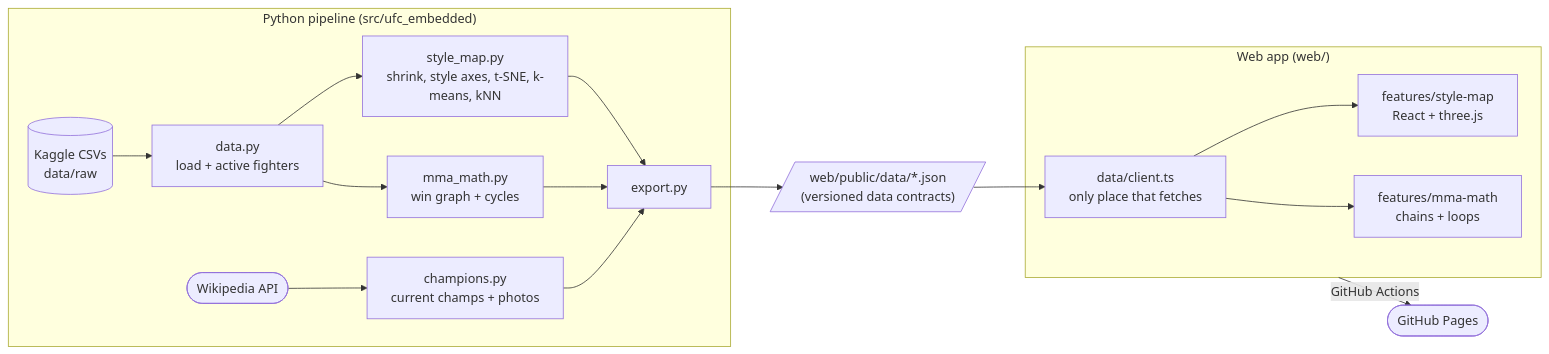
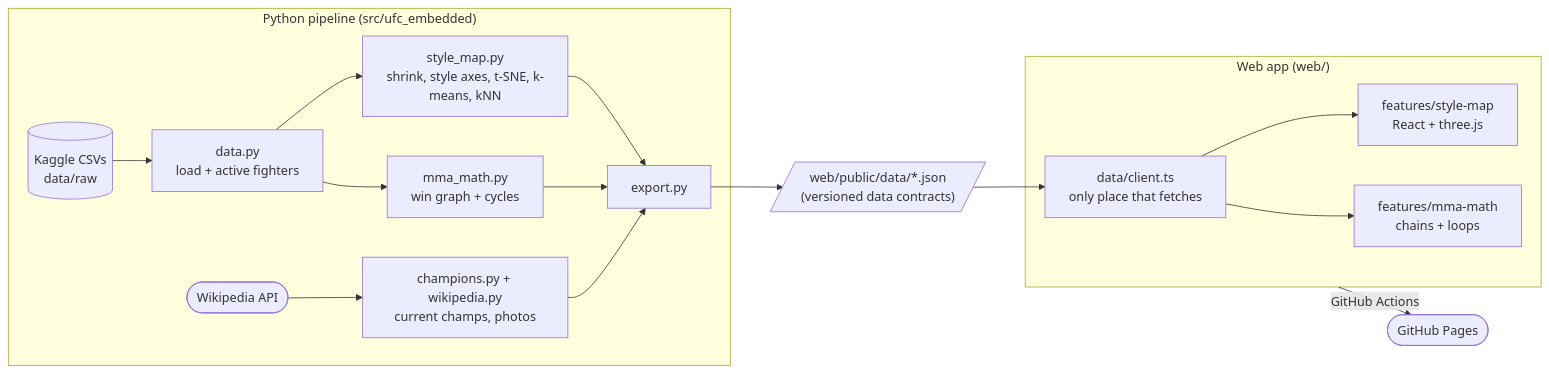
One commit to abbasly/ufc_embedded changed the diagram in README.md. Above: the diagram before and after it, drawn with Mermaid. The commit also changed other lines of this file and 4 other files, not shown here.

````diff
--- a/README.md
+++ b/README.md
@@ -41,22 +41,22 @@
 ```mermaid
 flowchart LR
     subgraph py["Python pipeline (src/ufc_embedded)"]
         raw[("Kaggle CSVs<br/>data/raw")] --> data["data.py<br/>load + active fighters"]
         data --> sm["style_map.py<br/>shrink, style axes, t-SNE, k-means, kNN"]
-        wiki(["Wikipedia API"]) --> champs["champions.py<br/>current champs + photos"]
+        wiki(["Wikipedia API"]) --> champs["champions.py + wikipedia.py<br/>current champs, photos"]
         data --> mma["mma_math.py<br/>win graph + cycles"]
         sm --> export["export.py"]
         champs --> export
         mma --> export
     end
 
     export --> json[/"web/public/data/*.json<br/>(versioned data contracts)"/]
 
     subgraph web["Web app (web/)"]
         client["data/client.ts<br/>only place that fetches"] --> feat["features/style-map<br/>React + three.js"]
         client --> mmaui["features/mma-math<br/>chains + loops"]
     end
 
     json --> client
     web -->|"GitHub Actions"| pages(["GitHub Pages"])
 ```
````
